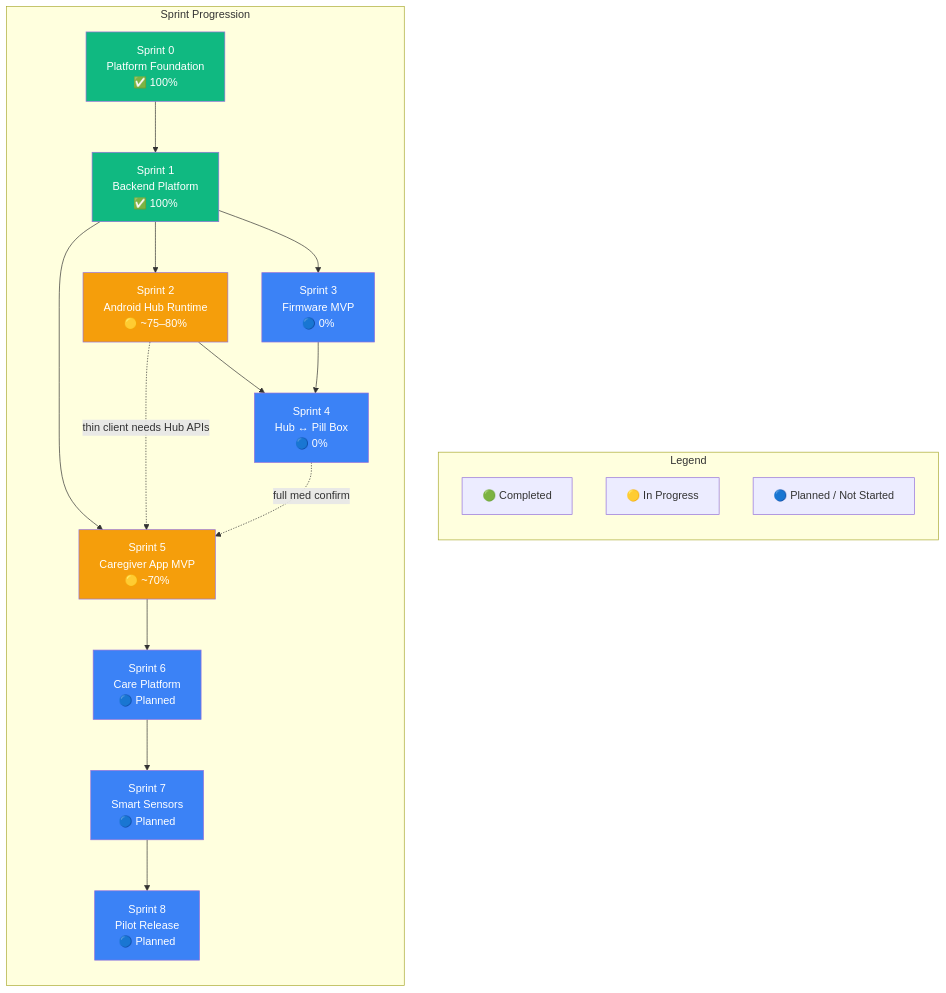
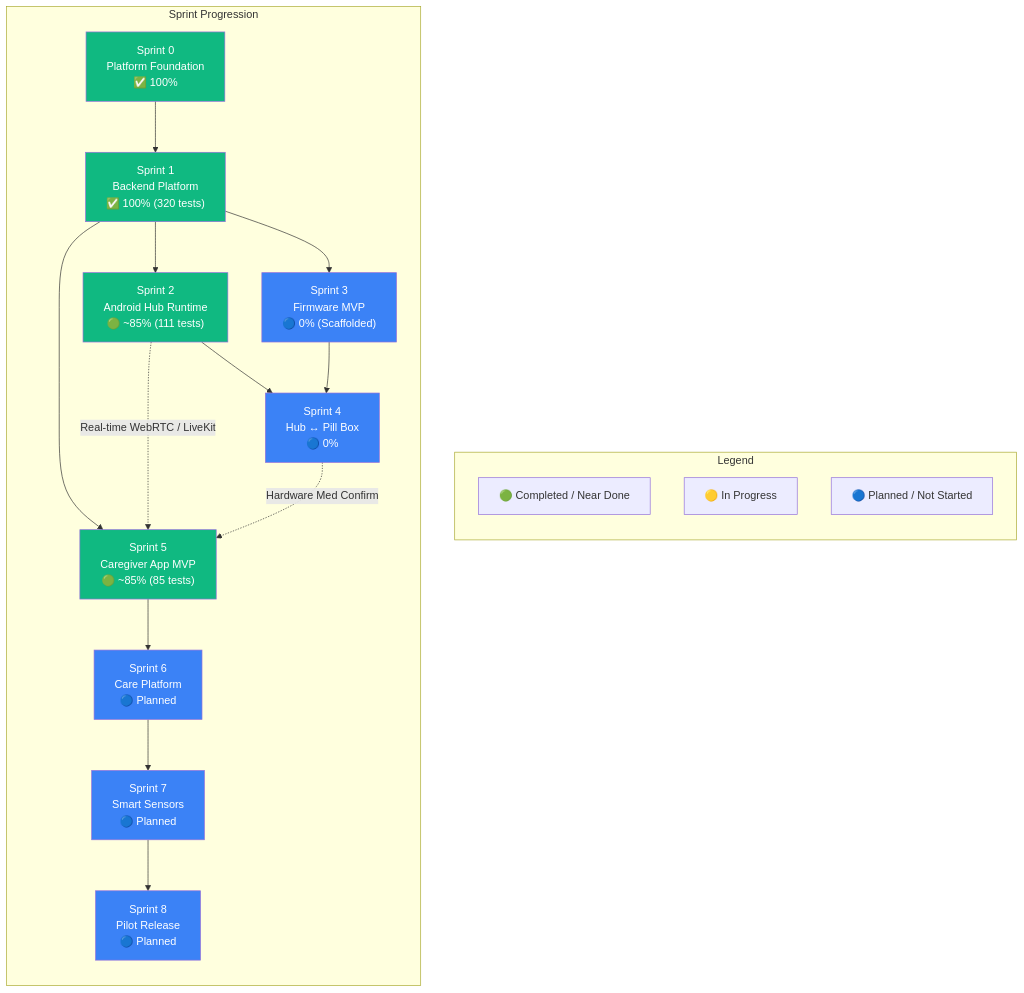
Before and after one commit to Aurliano/yara-care-os: the first of 11 diagrams in docs/progress-flowchart.md, drawn with Mermaid. The commit also changed other lines of this file and 75 other files, not shown here.

````diff
--- a/docs/progress-flowchart.md
+++ b/docs/progress-flowchart.md
@@ -27,41 +27,41 @@
 ```mermaid
 flowchart TD
     subgraph Legend
         direction TB
-        L1["🟢 Completed"]
+        L1["🟢 Completed / Near Done"]
         L2["🟡 In Progress"]
         L3["🔵 Planned / Not Started"]
     end
 
     subgraph Sprints["Sprint Progression"]
         direction TB
         S0["Sprint 0<br/>Platform Foundation<br/>✅ 100%"]
-        S1["Sprint 1<br/>Backend Platform<br/>✅ 100%"]
-        S2["Sprint 2<br/>Android Hub Runtime<br/>🟡 ~75–80%"]
-        S3["Sprint 3<br/>Firmware MVP<br/>🔵 0%"]
+        S1["Sprint 1<br/>Backend Platform<br/>✅ 100% (320 tests)"]
+        S2["Sprint 2<br/>Android Hub Runtime<br/>🟢 ~85% (111 tests)"]
+        S3["Sprint 3<br/>Firmware MVP<br/>🔵 0% (Scaffolded)"]
         S4["Sprint 4<br/>Hub ↔ Pill Box<br/>🔵 0%"]
-        S5["Sprint 5<br/>Caregiver App MVP<br/>🟡 ~70%"]
+        S5["Sprint 5<br/>Caregiver App MVP<br/>🟢 ~85% (85 tests)"]
         S6["Sprint 6<br/>Care Platform<br/>🔵 Planned"]
         S7["Sprint 7<br/>Smart Sensors<br/>🔵 Planned"]
         S8["Sprint 8<br/>Pilot Release<br/>🔵 Planned"]
     end
 
     S0 --> S1 --> S2
     S1 --> S3
     S2 --> S4
     S3 --> S4
     S1 --> S5
-    S2 -.->|thin client needs Hub APIs| S5
-    S4 -.->|full med confirm| S5
+    S2 -.->|Real-time WebRTC / LiveKit| S5
+    S4 -.->|Hardware Med Confirm| S5
     S5 --> S6 --> S7 --> S8
 
     style S0 fill:#10b981,color:white
     style S1 fill:#10b981,color:white
-    style S2 fill:#f59e0b,color:white
+    style S2 fill:#10b981,color:white
     style S3 fill:#3b82f6,color:white
     style S4 fill:#3b82f6,color:white
-    style S5 fill:#f59e0b,color:white
+    style S5 fill:#10b981,color:white
     style S6 fill:#3b82f6,color:white
     style S7 fill:#3b82f6,color:white
     style S8 fill:#3b82f6,color:white
 ```
````
